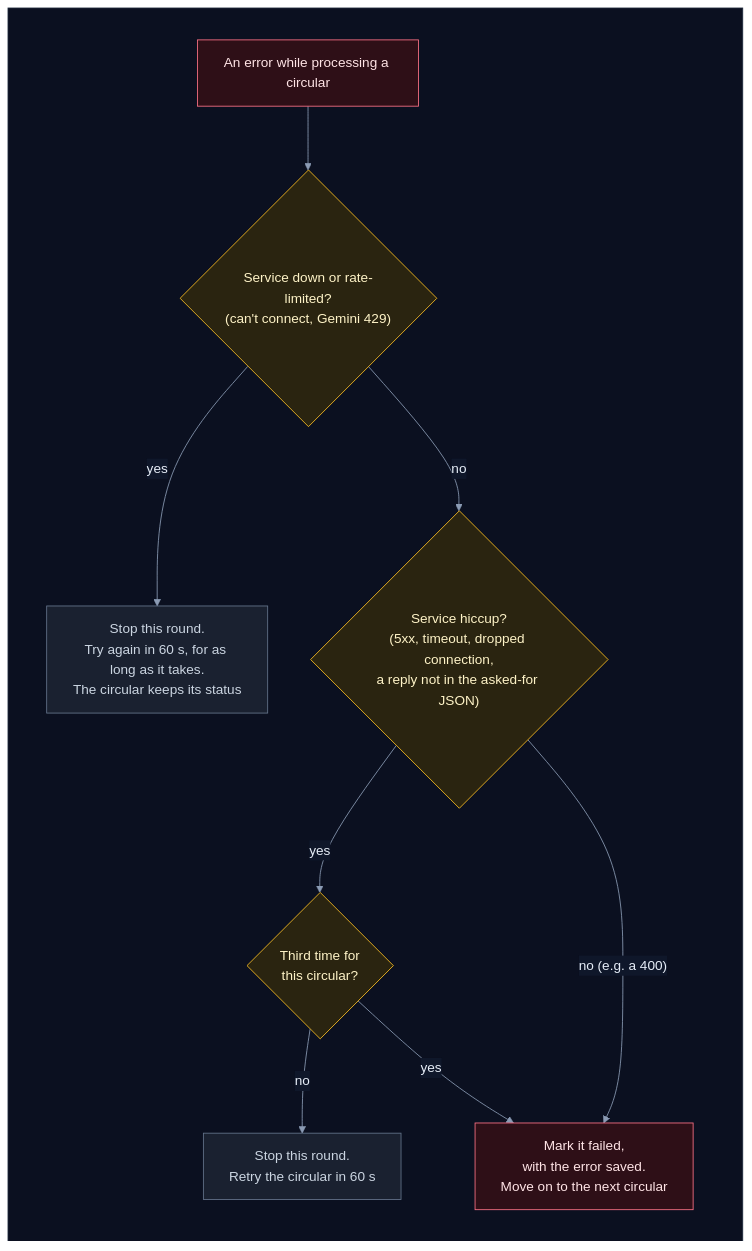
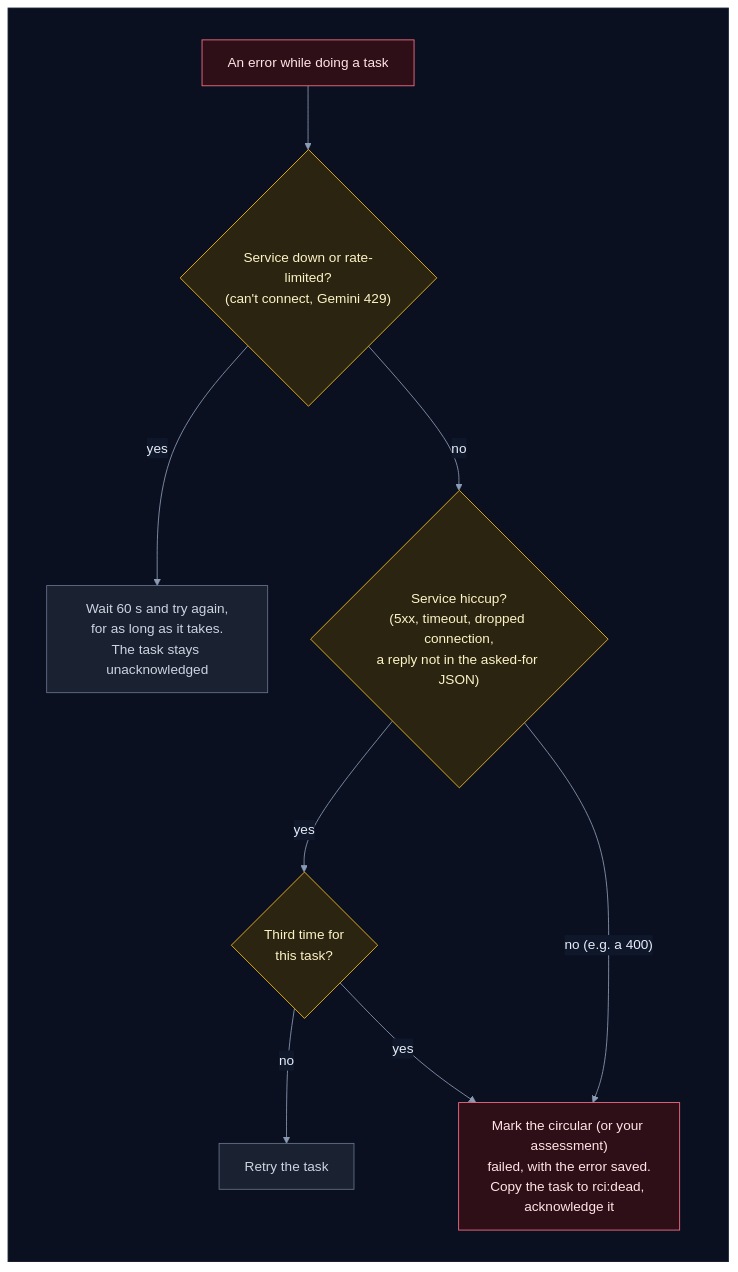
Diagram 20 of 22 in how_it_works.md (selvakumarperumal/Regulatory_Circular_Impact_Agent), drawn with Mermaid before and after one commit. The commit also changed other lines of this file and 8 other files, not shown here.

Commit message:
Document the task queue and multi-company design

````diff
--- a/how_it_works.md
+++ b/how_it_works.md
@@ -1451,28 +1258,28 @@
 ```mermaid
 %%{init: {"theme": "base", "flowchart": {"diagramPadding": 0}, "themeVariables": {"darkMode": true, "primaryColor": "#16213a", "primaryTextColor": "#e6edf7", "primaryBorderColor": "#475a7a", "lineColor": "#8b9bb4", "secondaryColor": "#1b2436", "tertiaryColor": "#101a2e", "edgeLabelBackground": "#0f172a", "textColor": "#e2e8f0", "clusterBkg": "#0f1728", "clusterBorder": "#2b3a55", "titleColor": "#c4b5fd", "nodeTextColor": "#e6edf7"}}}%%
 flowchart TD
     subgraph canvas[" "]
         direction TB
-        err["An error while processing a circular"] --> down{"Service down or rate-limited?<br/>(can't connect, Gemini 429)"}
-        down -->|yes| wait["Stop this round.<br/>Try again in 60 s, for as long as it takes.<br/>The circular keeps its status"]
+        err["An error while doing a task"] --> down{"Service down or rate-limited?<br/>(can't connect, Gemini 429)"}
+        down -->|yes| wait["Wait 60 s and try again,<br/>for as long as it takes.<br/>The task stays unacknowledged"]
         down -->|no| crash{"Service hiccup?<br/>(5xx, timeout, dropped connection,<br/>a reply not in the asked-for JSON)"}
-        crash -->|yes| count{"Third time for<br/>this circular?"}
-        count -->|no| retry["Stop this round.<br/>Retry the circular in 60 s"]
+        crash -->|yes| count{"Third time for<br/>this task?"}
+        count -->|no| retry["Retry the task"]
         count -->|yes| failed
-        crash -->|"no (e.g. a 400)"| failed["Mark it failed,<br/>with the error saved.<br/>Move on to the next circular"]
+        crash -->|"no (e.g. a 400)"| failed["Mark the circular (or your assessment)<br/>failed, with the error saved.<br/>Copy the task to rci:dead, acknowledge it"]
     end
-
     classDef svc fill:#0e2a2c,stroke:#2dd4bf,color:#ccfbf1
     classDef data fill:#1c1a47,stroke:#818cf8,color:#e0e7ff
     classDef ext fill:#2a1640,stroke:#c084fc,color:#f3e8ff
     classDef gpu fill:#2d1b0c,stroke:#fb923c,color:#ffedd5
     classDef ask fill:#2a2410,stroke:#fbbf24,color:#fef3c7
     classDef ok fill:#0b2a1c,stroke:#34d399,color:#d1fae5
     classDef bad fill:#2e0f17,stroke:#fb7185,color:#ffe4e6
     classDef start fill:#1c2a0e,stroke:#a7ef6f,color:#ecfccb
     classDef muted fill:#1a2130,stroke:#64748b,color:#cbd5e1
+    classDef queue fill:#0c2231,stroke:#38bdf8,color:#e0f2fe
     class err,failed bad
     class down,crash,count ask
     class wait,retry muted
     style canvas fill:#0b1020,stroke:#1e293b,color:#0b1020
 ```
````
